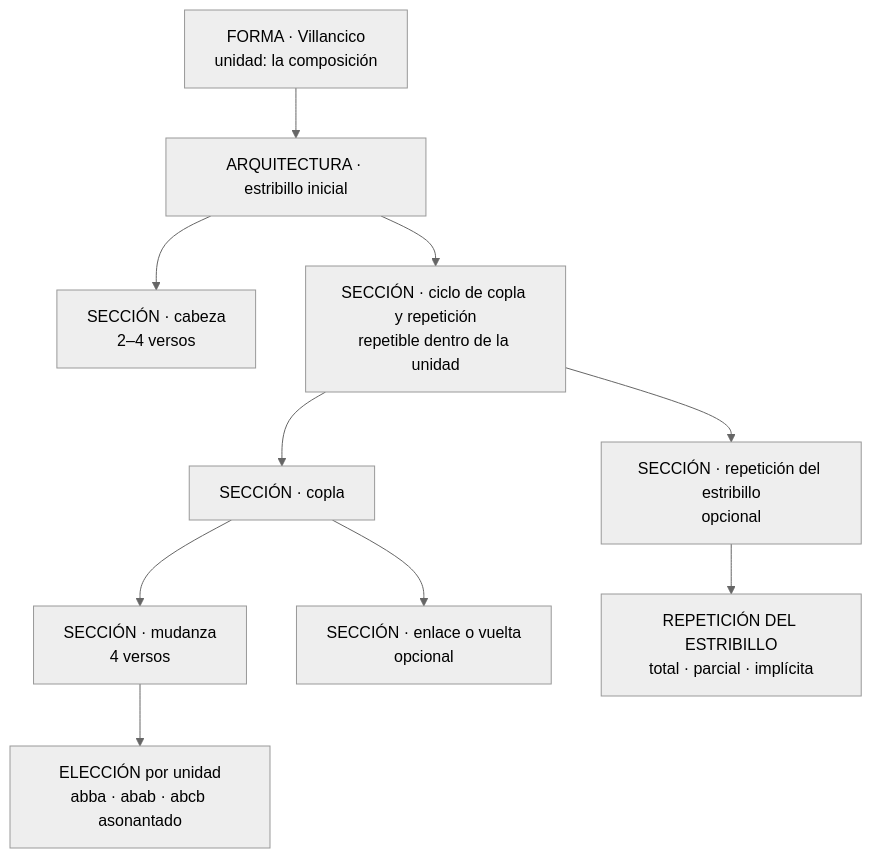
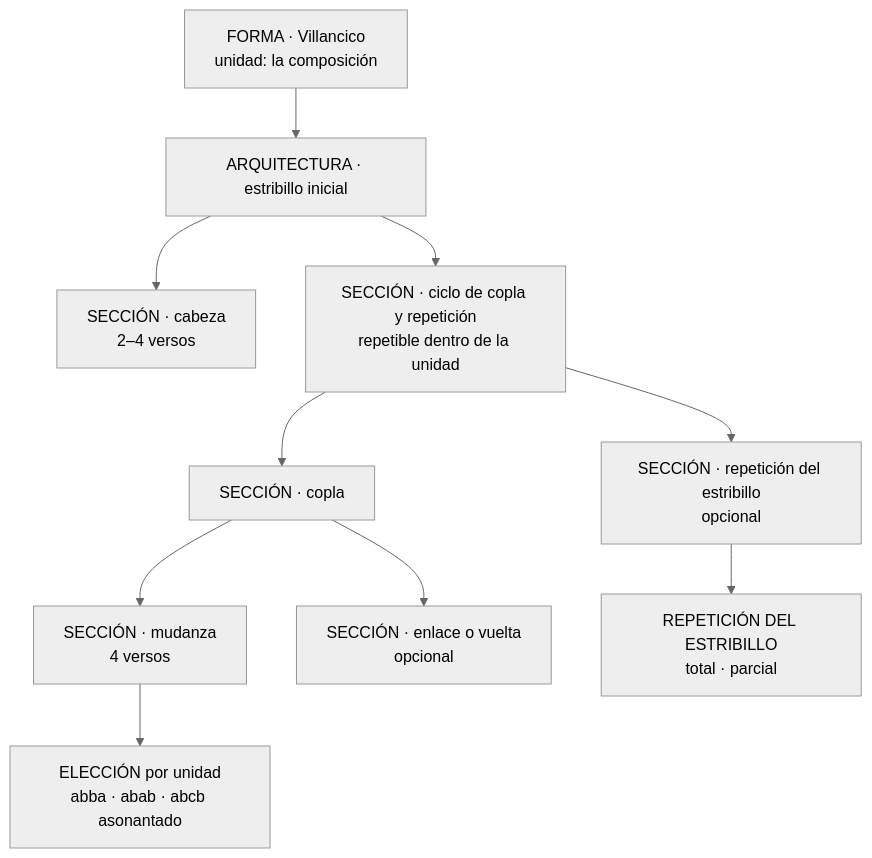
One commit to metadramaub/metadrama_db changed the fourth of 5 diagrams in docs/dominio-metrico/implementacion-metrica.md. Above: the diagram before and after it, drawn with Mermaid (neutral theme). The commit also changed other lines of this file and 50 other files, not shown here.

````diff
--- a/docs/dominio-metrico/implementacion-metrica.md
+++ b/docs/dominio-metrico/implementacion-metrica.md
@@ -515,12 +517,12 @@
 ```mermaid
 flowchart TD
     F["FORMA · Villancico<br/>unidad: la composición"] --> A["ARQUITECTURA · estribillo inicial"]
     A --> C["SECCIÓN · cabeza<br/>2–4 versos"]
     A --> Z["SECCIÓN · ciclo de copla y repetición<br/>repetible dentro de la unidad"]
     Z --> CO["SECCIÓN · copla"]
     Z --> RE["SECCIÓN · repetición del estribillo<br/>opcional"]
     CO --> MU["SECCIÓN · mudanza<br/>4 versos"]
     CO --> EN["SECCIÓN · enlace o vuelta<br/>opcional"]
     MU --> ER["ELECCIÓN por unidad<br/>abba · abab · abcb asonantado"]
-    RE --> REP["REPETICIÓN DEL ESTRIBILLO<br/>total · parcial · implícita"]
+    RE --> REP["REPETICIÓN DEL ESTRIBILLO<br/>total · parcial"]
 ```
````
